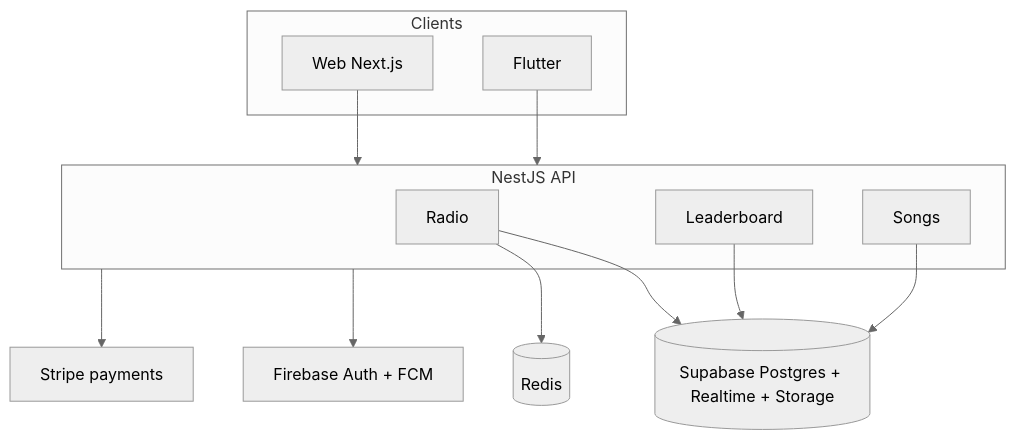
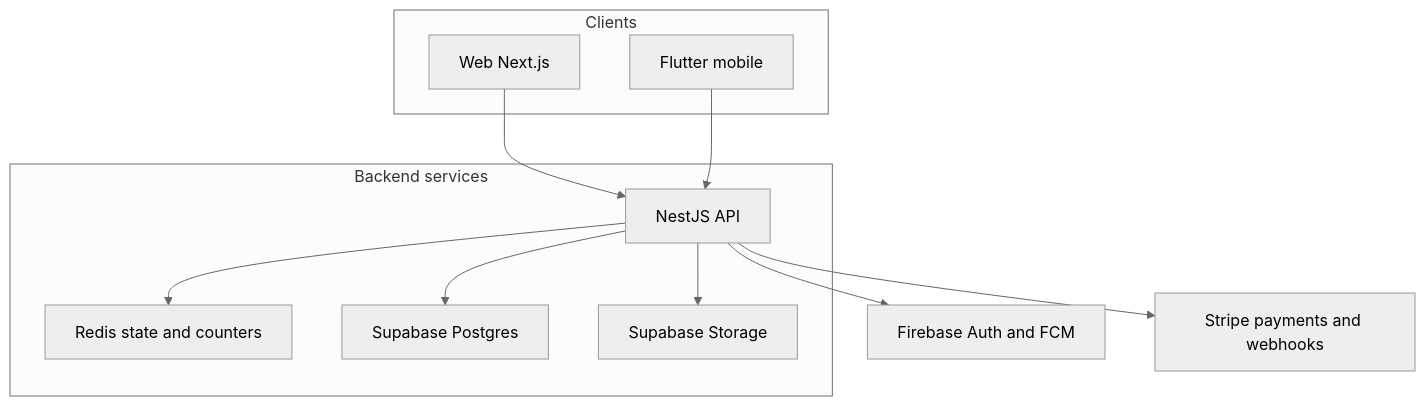
Before and after one commit to Tmaku18/RADIOapp: diagram 11 of 13 in docs/UML/uml-diagrams.md, drawn with Mermaid (neutral theme). The commit also changed other lines of this file and 3 other files, not shown here.

First line of the commit message:
Docs: refresh README and UML to current platform state.

````diff
--- a/docs/UML/uml-diagrams.md
+++ b/docs/UML/uml-diagrams.md
@@ -556,27 +183,25 @@
 ```mermaid
 flowchart TB
   subgraph clients [Clients]
-    Web[Web Next.js]
-    Mobile[Flutter]
+    WebClient[Web Next.js]
+    MobileClient[Flutter mobile]
   end
 
-  subgraph api [NestJS API]
-    Radio[Radio]
-    LB[Leaderboard]
-    Songs[Songs]
+  subgraph services [Backend services]
+    ApiServer[NestJS API]
+    RedisState[Redis state and counters]
+    PgData[Supabase Postgres]
+    Storage[Supabase Storage]
   end
 
-  Redis[("Redis")]
-  Supabase[("Supabase Postgres + Realtime + Storage")]
-  Firebase["Firebase Auth + FCM"]
-  Stripe["Stripe payments"]
+  FirebaseStack[Firebase Auth and FCM]
+  StripeStack[Stripe payments and webhooks]
 
-  Web --> api
-  Mobile --> api
-  Radio --> Redis
-  Radio --> Supabase
-  LB --> Supabase
-  Songs --> Supabase
-  api --> Firebase
-  api --> Stripe
+  WebClient --> ApiServer
+  MobileClient --> ApiServer
+  ApiServer --> RedisState
+  ApiServer --> PgData
+  ApiServer --> Storage
+  ApiServer --> FirebaseStack
+  ApiServer --> StripeStack
 ```
````
